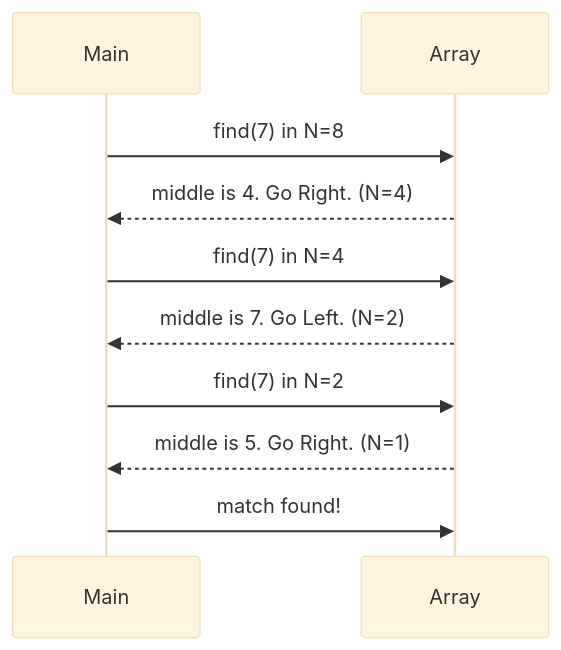
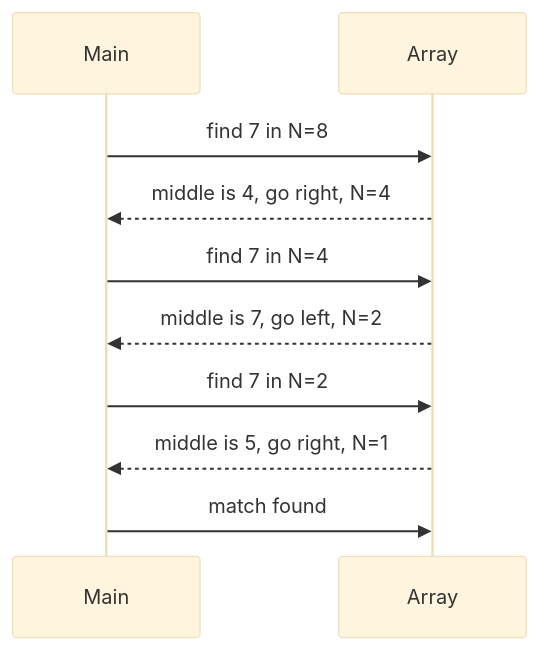
One commit to hagaramr2005/DSA-From-Scratch changed the fourth of 9 diagrams in 01-Algorithm-Analysis/01- Big O notation.md. Above: the diagram before and after it, drawn with Mermaid (base theme). The commit also changed other lines of this file, not shown here.

````diff
--- a/01-Algorithm-Analysis/01- Big O notation.md
+++ b/01-Algorithm-Analysis/01- Big O notation.md
@@ -298,12 +310,12 @@
 ```mermaid
 sequenceDiagram
     participant Main
     participant Array
-    Main->>Array: find(7) in N=8
-    Array-->>Main: middle is 4. Go Right. (N=4)
-    Main->>Array: find(7) in N=4
-    Array-->>Main: middle is 7. Go Left. (N=2)
-    Main->>Array: find(7) in N=2
-    Array-->>Main: middle is 5. Go Right. (N=1)
-    Main->>Array: match found!
+    Main->>Array: find 7 in N=8
+    Array-->>Main: middle is 4, go right, N=4
+    Main->>Array: find 7 in N=4
+    Array-->>Main: middle is 7, go left, N=2
+    Main->>Array: find 7 in N=2
+    Array-->>Main: middle is 5, go right, N=1
+    Main->>Array: match found
 ```
````
